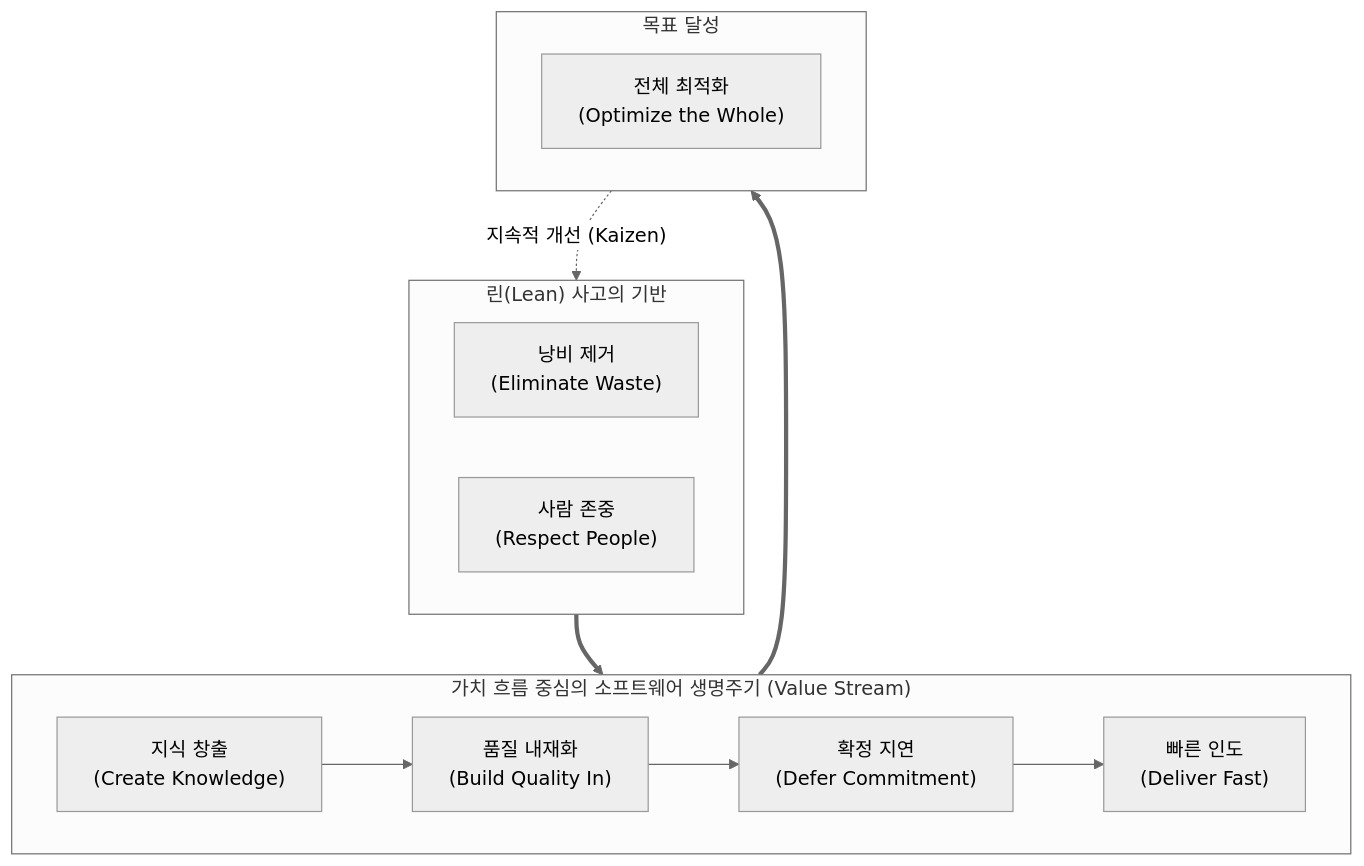
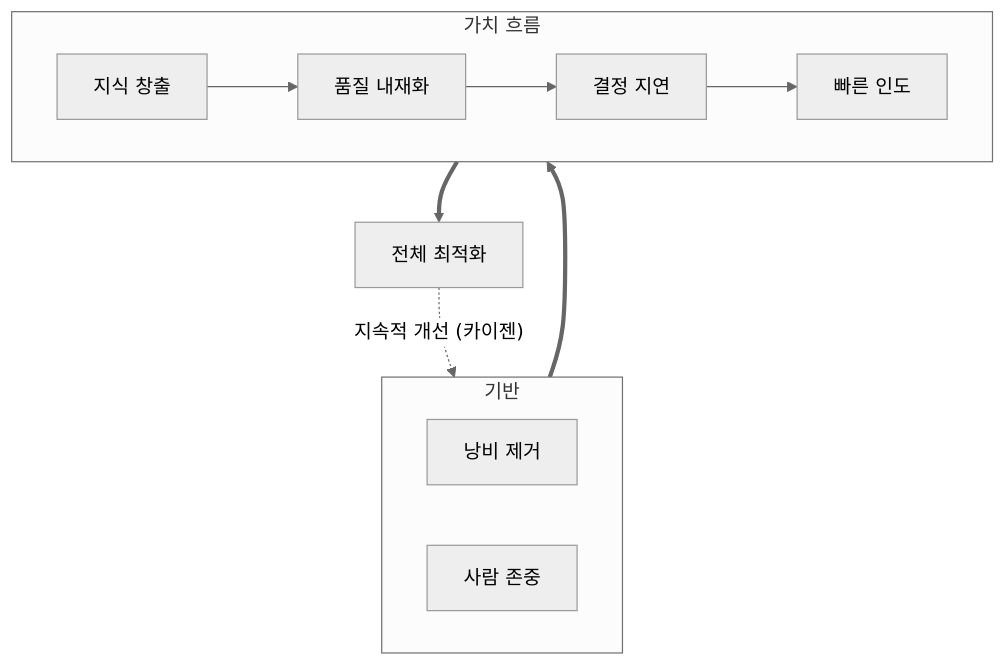
One commit to supremethumb/supremethumb.github.io changed the diagram in content/01_IT Tech/린 방법론.md. Above: the diagram before and after it, drawn with Mermaid (neutral theme). The commit also changed other lines of this file and 1087 other files, not shown here.

````diff
--- a/content/01_IT Tech/린 방법론.md
+++ b/content/01_IT Tech/린 방법론.md
@@ -29,24 +36,17 @@
 ```mermaid
 flowchart TD
-    subgraph Core ["린(Lean) 사고의 기반"]
+    subgraph Core ["기반"]
         direction LR
-        W["낭비 제거\n(Eliminate Waste)"]
-        R["사람 존중\n(Respect People)"]
+        W["낭비 제거"]
+        R["사람 존중"]
     end
-
-    subgraph ValueStream ["가치 흐름 중심의 소프트웨어 생명주기 (Value Stream)"]
+    subgraph VS ["가치 흐름"]
         direction LR
-        K["지식 창출\n(Create Knowledge)"] --> Q["품질 내재화\n(Build Quality In)"]
-        Q --> D["확정 지연\n(Defer Commitment)"]
-        D --> F["빠른 인도\n(Deliver Fast)"]
+        K["지식 창출"] --> Q["품질 내재화"]
+        Q --> D["결정 지연"]
+        D --> F["빠른 인도"]
     end
-
-    subgraph Optimize ["목표 달성"]
-        O["전체 최적화\n(Optimize the Whole)"]
-    end
-
-    Core ==> ValueStream
-    ValueStream ==> Optimize
-    Optimize -. "지속적 개선 (Kaizen)" .-> Core
-
+    O["전체 최적화"]
+    Core ==> VS ==> O
+    O -. "지속적 개선 (카이젠)" .-> Core
 ```
````
